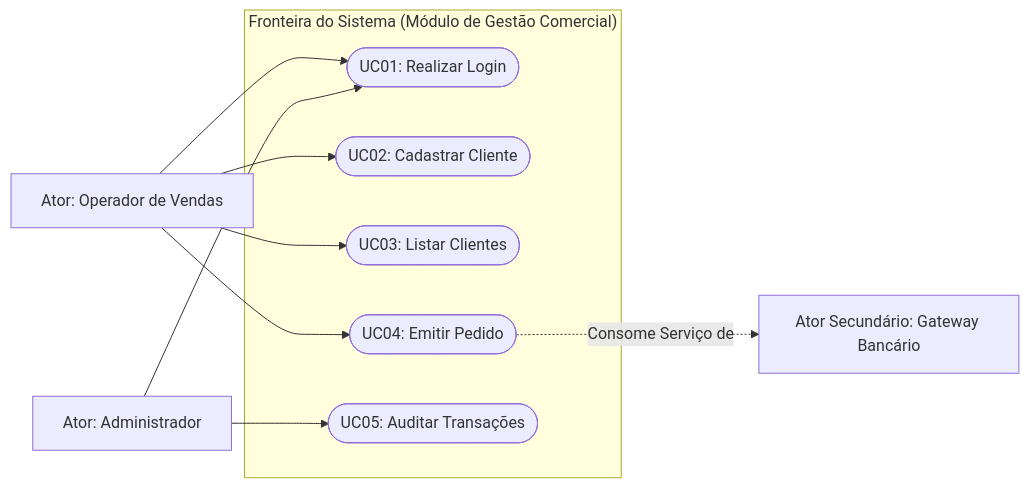
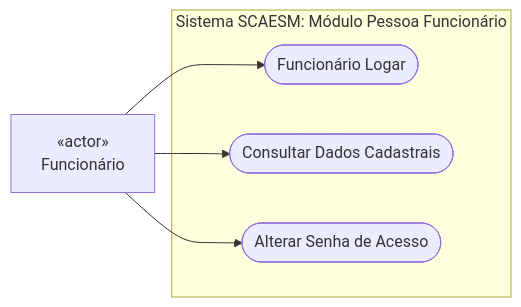
Diagram 19 of 33 in 3º Semestre/[Prof. Marcelo Boer] Engenharia de Software I/Resumos-IA/Caderno-Consolidado.md (murilolol/unifef), drawn with Mermaid before and after one commit. The commit also changed other lines of this file and 40 other files, not shown here.

````diff
--- a/3º Semestre/[Prof. Marcelo Boer] Engenharia de Software I/Resumos-IA/Caderno-Consolidado.md
+++ b/3º Semestre/[Prof. Marcelo Boer] Engenharia de Software I/Resumos-IA/Caderno-Consolidado.md
@@ -660,24 +789,12 @@
 ```mermaid
 flowchart LR
-    subgraph FronteiraSistema["Fronteira do Sistema (Módulo de Gestão Comercial)"]
-        UC01(["UC01: Realizar Login"])
-        UC02(["UC02: Cadastrar Cliente"])
-        UC03(["UC03: Listar Clientes"])
-        UC04(["UC04: Emitir Pedido"])
-        UC05(["UC05: Auditar Transações"])
+    subgraph ModuloFuncionario["Sistema SCAESM: Módulo Pessoa Funcionário"]
+        UC01(["Funcionário Logar"])
+        UC02(["Consultar Dados Cadastrais"])
+        UC03(["Alterar Senha de Acesso"])
     end
 
-    AtorOperador["Ator: Operador de Vendas"]
-    AtorAdmin["Ator: Administrador"]
-    Gateway["Ator Secundário: Gateway Bancário"]
-
-    AtorOperador --> UC01
-    AtorOperador --> UC02
-    AtorOperador --> UC03
-    AtorOperador --> UC04
-
-    AtorAdmin --> UC01
-    AtorAdmin --> UC05
-
-    UC04 -.->|Consome Serviço de| Gateway
+    AtorFunc["«actor»<br/>Funcionário"] --> UC01
+    AtorFunc --> UC02
+    AtorFunc --> UC03
 ```
````
